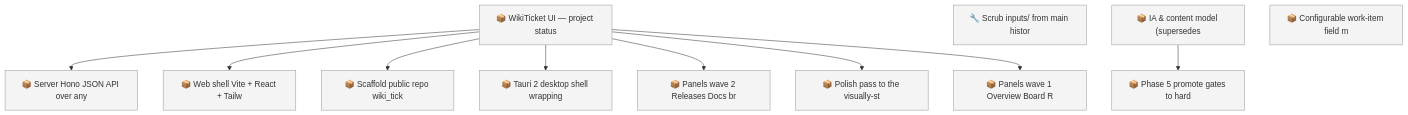
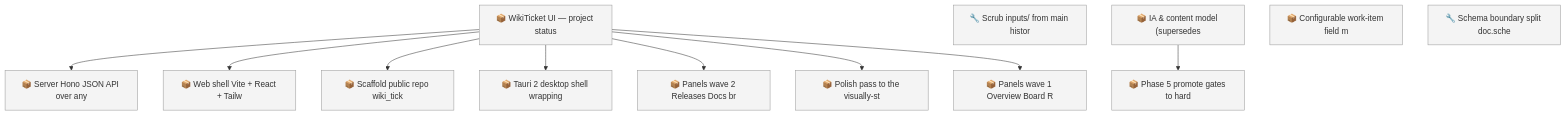
The first of 2 diagrams in docs/roadmap.md (SpillwaveSolutions/wiki_ticket_sdd), drawn with Mermaid before and after one commit. The commit also changed other lines of this file and 11 other files, not shown here.

First line of the commit message:
fix(ia): repair frozen-plan drift on grok viz plan; pin schema/ia.py equivalence (items 01KY5QJARJ, 01KY5QJAY8)

````diff
--- a/docs/roadmap.md
+++ b/docs/roadmap.md
@@ -70,25 +71,26 @@
 ```mermaid
 graph TD
     01KY111BC71KJGNH55CB2DWMKN["📦 Server Hono JSON API over any"]
     01KY111BC7B70C7M2RF1E57G17["📦 Web shell Vite + React + Tailw"]
     01KY111BC7NJ4BE7JBDK2P6Y56["📦 Scaffold public repo wiki_tick"]
     01KY111BC7PABV8W6SDNVQACSN["📦 WikiTicket UI — project status"]
     01KY111BC842N3J7Y7H85NHSEG["📦 Tauri 2 desktop shell wrapping"]
     01KY111BC88FS6QD49JADZ9CJ5["📦 Panels wave 2 Releases Docs br"]
     01KY111BC8F9BH0T3TERYEFC3C["📦 Polish pass to the visually-st"]
     01KY111BC8QJAS9KH7N368N6RF["📦 Panels wave 1 Overview Board R"]
     01KY2KHHF43KAZ54F57BQW71TD["🔧 Scrub inputs/ from main histor"]
     01KY5G9ZW0H2YMNWDFJYGRPYE5["📦 IA & content model (supersedes"]
     01KY5G9ZW0RABXWHEMEP1FAV2G["📦 Phase 5 promote gates to hard"]
     01KY5NE0ZYGBWG44N0KPEBFCZ8["📦 Configurable work-item field m"]
+    01KY5QV5G05V77TKESCJVY62S3["🔧 Schema boundary split doc.sche"]
     01KY111BC7PABV8W6SDNVQACSN --> 01KY111BC71KJGNH55CB2DWMKN
     01KY111BC7PABV8W6SDNVQACSN --> 01KY111BC7B70C7M2RF1E57G17
     01KY111BC7PABV8W6SDNVQACSN --> 01KY111BC7NJ4BE7JBDK2P6Y56
     01KY111BC7PABV8W6SDNVQACSN --> 01KY111BC842N3J7Y7H85NHSEG
     01KY111BC7PABV8W6SDNVQACSN --> 01KY111BC88FS6QD49JADZ9CJ5
     01KY111BC7PABV8W6SDNVQACSN --> 01KY111BC8F9BH0T3TERYEFC3C
     01KY111BC7PABV8W6SDNVQACSN --> 01KY111BC8QJAS9KH7N368N6RF
     01KY5G9ZW0H2YMNWDFJYGRPYE5 --> 01KY5G9ZW0RABXWHEMEP1FAV2G
     classDef todo fill:#f4f4f4,stroke:#999999
-    class 01KY111BC71KJGNH55CB2DWMKN,01KY111BC7B70C7M2RF1E57G17,01KY111BC7NJ4BE7JBDK2P6Y56,01KY111BC7PABV8W6SDNVQACSN,01KY111BC842N3J7Y7H85NHSEG,01KY111BC88FS6QD49JADZ9CJ5,01KY111BC8F9BH0T3TERYEFC3C,01KY111BC8QJAS9KH7N368N6RF,01KY2KHHF43KAZ54F57BQW71TD,01KY5G9ZW0H2YMNWDFJYGRPYE5,01KY5G9ZW0RABXWHEMEP1FAV2G,01KY5NE0ZYGBWG44N0KPEBFCZ8 todo
+    class 01KY111BC71KJGNH55CB2DWMKN,01KY111BC7B70C7M2RF1E57G17,01KY111BC7NJ4BE7JBDK2P6Y56,01KY111BC7PABV8W6SDNVQACSN,01KY111BC842N3J7Y7H85NHSEG,01KY111BC88FS6QD49JADZ9CJ5,01KY111BC8F9BH0T3TERYEFC3C,01KY111BC8QJAS9KH7N368N6RF,01KY2KHHF43KAZ54F57BQW71TD,01KY5G9ZW0H2YMNWDFJYGRPYE5,01KY5G9ZW0RABXWHEMEP1FAV2G,01KY5NE0ZYGBWG44N0KPEBFCZ8,01KY5QV5G05V77TKESCJVY62S3 todo
 ```
````
